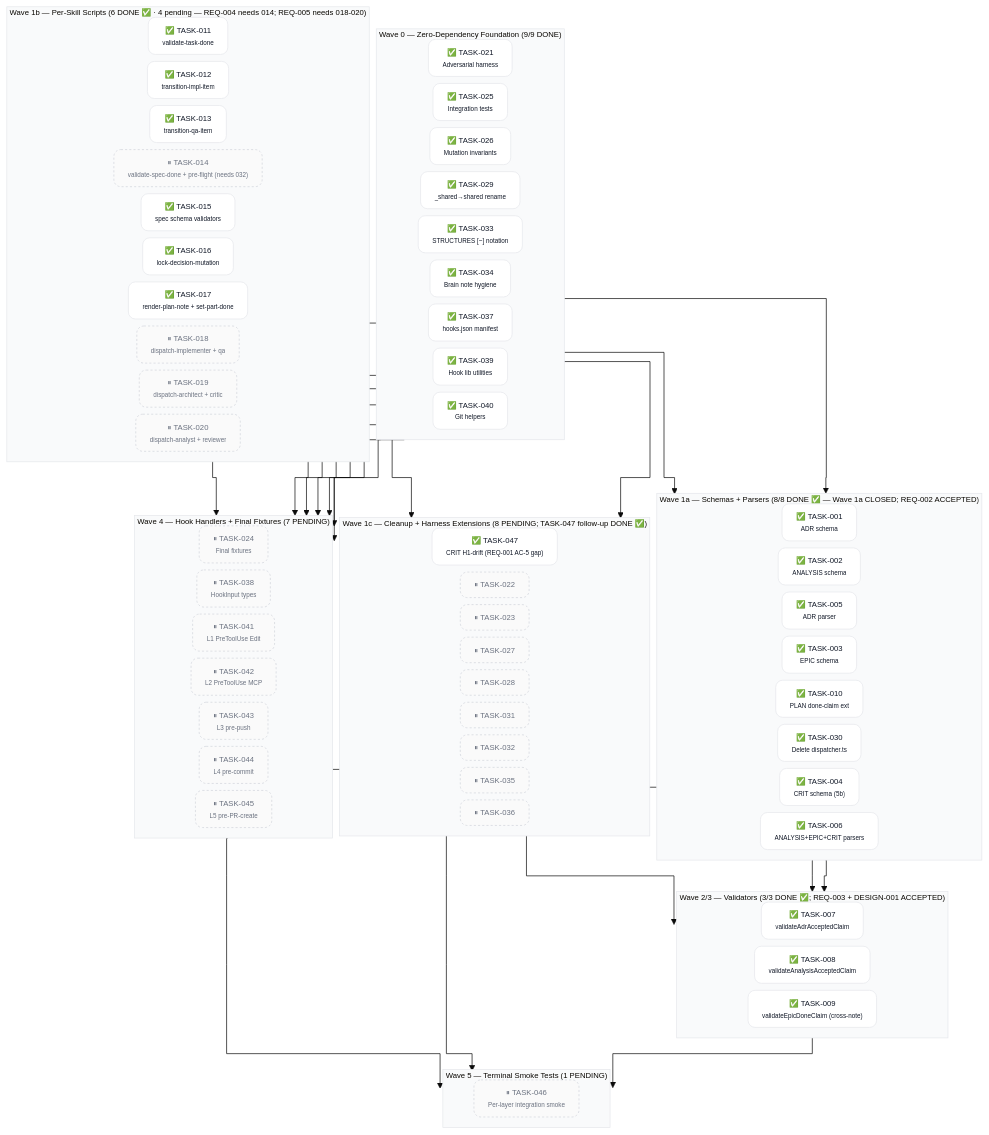
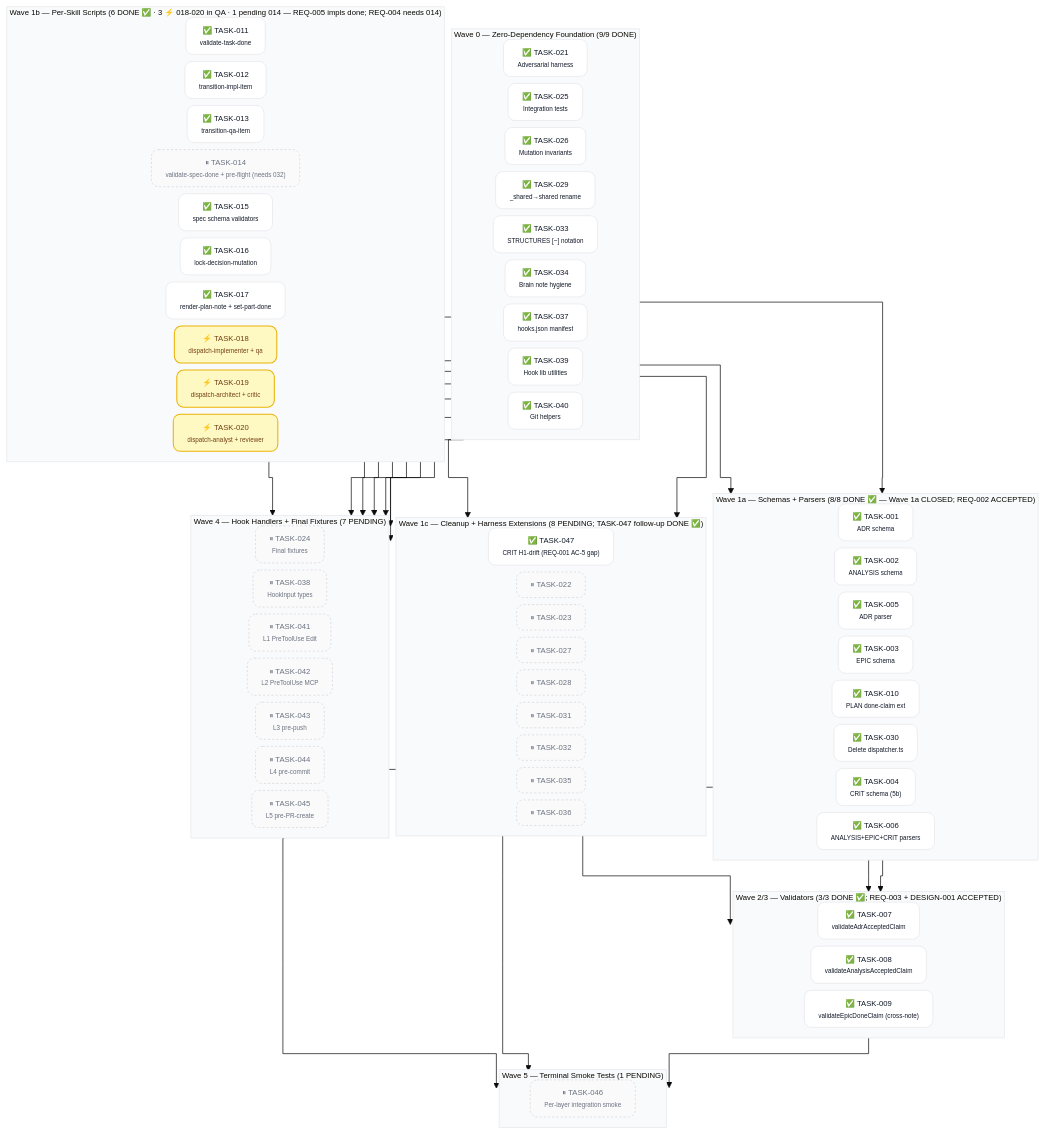
One commit to acmelabs-15/skills changed the second of 2 diagrams in docs/planning/PLAN-001-skills-ecosystem.md. Above: the diagram before and after it, drawn with Mermaid. The commit also changed other lines of this file and 17 other files, not shown here.

First line of the commit message:
build(SPEC-008): Wave 1b-C impls DONE (018+019+020) + validRelationTypes export (Event 94)

````diff
--- a/docs/planning/PLAN-001-skills-ecosystem.md
+++ b/docs/planning/PLAN-001-skills-ecosystem.md
@@ -181,7 +181,7 @@
     T006["✅ TASK-006<br/><span style='font-size:9px'>ANALYSIS+EPIC+CRIT parsers</span>"]
   end
 
-  subgraph W1b ["Wave 1b — Per-Skill Scripts (6 DONE ✅ · 4 pending — REQ-004 needs 014; REQ-005 needs 018-020)"]
+  subgraph W1b ["Wave 1b — Per-Skill Scripts (6 DONE ✅ · 3 ⚡ 018-020 in QA · 1 pending 014 — REQ-005 impls done; REQ-004 needs 014)"]
     direction LR
     T011["✅ TASK-011<br/><span style='font-size:9px'>validate-task-done</span>"]
     T012["✅ TASK-012<br/><span style='font-size:9px'>transition-impl-item</span>"]
@@ -190,9 +190,9 @@
     T015["✅ TASK-015<br/><span style='font-size:9px'>spec schema validators</span>"]
     T016["✅ TASK-016<br/><span style='font-size:9px'>lock-decision-mutation</span>"]
     T017["✅ TASK-017<br/><span style='font-size:9px'>render-plan-note + set-part-done</span>"]
-    T018["⏸ TASK-018<br/><span style='font-size:9px'>dispatch-implementer + qa</span>"]
-    T019["⏸ TASK-019<br/><span style='font-size:9px'>dispatch-architect + critic</span>"]
-    T020["⏸ TASK-020<br/><span style='font-size:9px'>dispatch-analyst + reviewer</span>"]
+    T018["⚡ TASK-018<br/><span style='font-size:9px'>dispatch-implementer + qa</span>"]
+    T019["⚡ TASK-019<br/><span style='font-size:9px'>dispatch-architect + critic</span>"]
+    T020["⚡ TASK-020<br/><span style='font-size:9px'>dispatch-analyst + reviewer</span>"]
   end
 
   subgraph W1c ["Wave 1c — Cleanup + Harness Extensions (8 PENDING; TASK-047 follow-up DONE ✅)"]
@@ -255,5 +255,6 @@
 
   class T001,T002,T003,T004,T005,T006,T010,T021,T025,T026,T029,T030,T033,T034,T037,T039,T040 done
   class T007,T008,T009,T047,T011,T012,T013,T015,T016,T017 done
-  class T014,T018,T019,T020,T022,T023,T024,T027,T028,T031,T032,T035,T036,T038,T041,T042,T043,T044,T045,T046 pending
+  class T018,T019,T020 inprogress
+  class T014,T022,T023,T024,T027,T028,T031,T032,T035,T036,T038,T041,T042,T043,T044,T045,T046 pending
 ```
````
